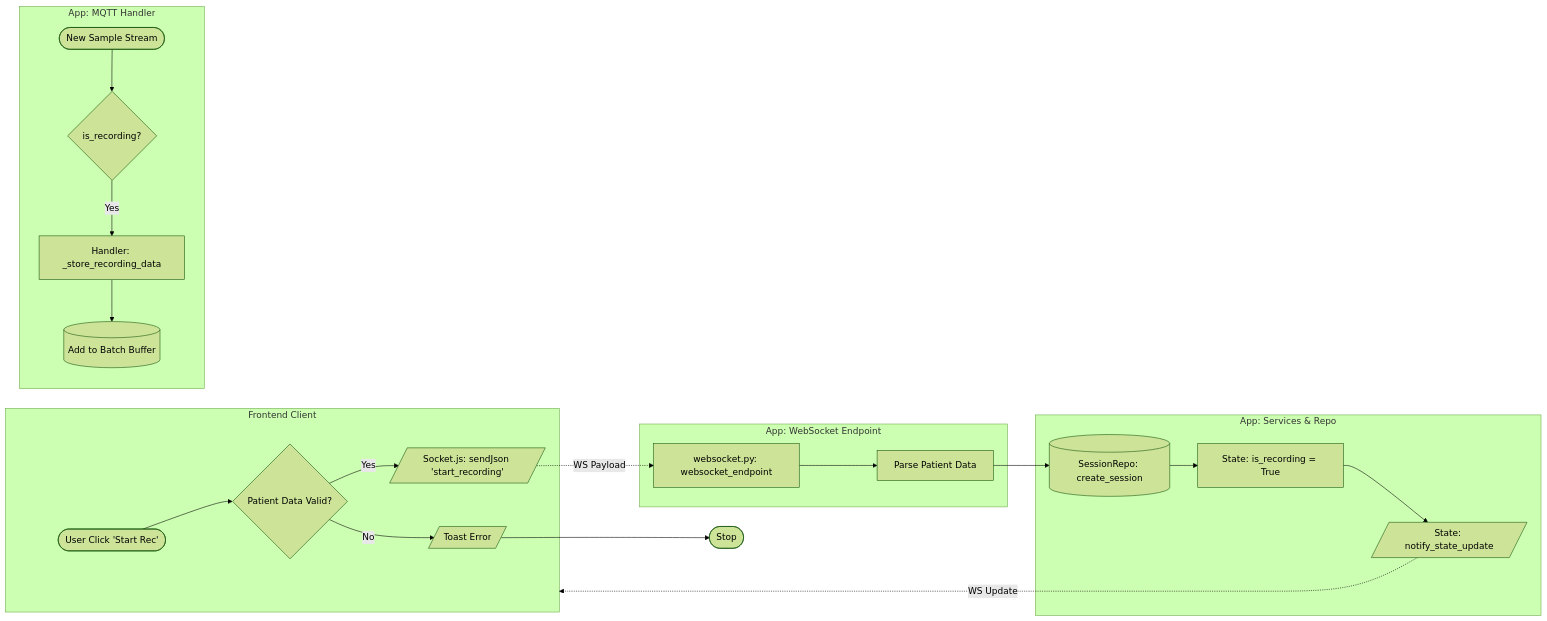
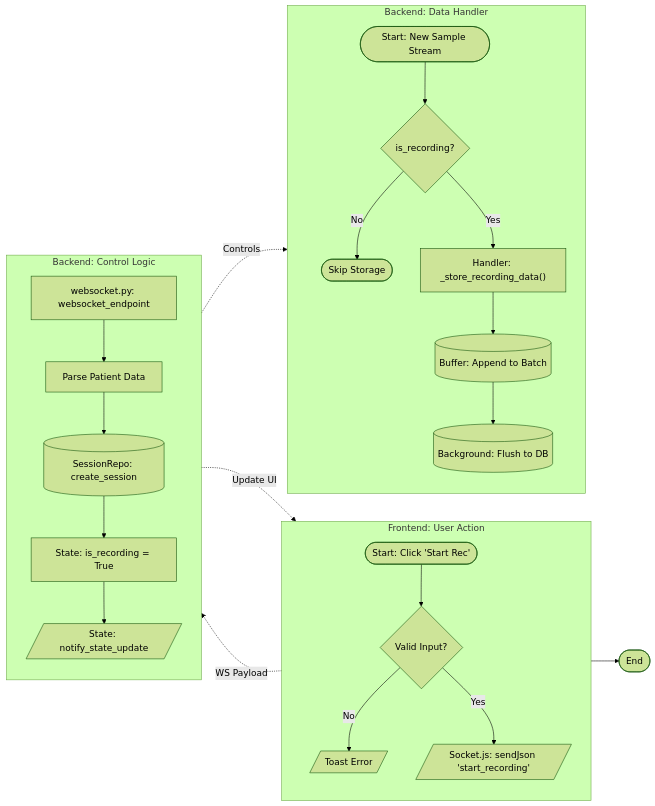
One commit to affanrk/ecg-puskesmas changed the second of 9 diagrams in SYSTEM_FLOWS.md. Above: the diagram before and after it, drawn with Mermaid (forest theme). The commit also changed other lines of this file, not shown here.

Commit message:
Update System Flow

````diff
--- a/SYSTEM_FLOWS.md
+++ b/SYSTEM_FLOWS.md
@@ -64,35 +65,39 @@
 ```mermaid
 flowchart LR
-    %% SWIMLANE: FRONTEND USER
-    subgraph Frontend [Frontend Client]
-        UserStart([User Click 'Start Rec'])
-        ValInput{Patient Data Valid?}
+    %% SWIMLANE: FRONTEND USER INTERACTION
+    subgraph Frontend [Frontend: User Action]
+        direction TB
+        UserStart([Start: Click 'Start Rec'])
+        ValInput{Valid Input?}
         
         UserStart --> ValInput
         ValInput -- No --> Toast[/Toast Error/]
-        ValInput -- Yes --> SendReq[/Socket.js: sendJson 'start_recording'/]
+        ValInput -- Yes --> SendCmd[/Socket.js: sendJson 'start_recording'/]
     end
 
-    %% SWIMLANE: BACKEND API
-    subgraph Backend_API [App: WebSocket Endpoint]
-        SendReq -.->|WS Payload| Endpoint[websocket.py: websocket_endpoint]
+    %% SWIMLANE: BACKEND CONTROL (API)
+    subgraph Backend_Control [Backend: Control Logic]
+        direction TB
+        SendCmd -.->|WS Payload| Endpoint[websocket.py: websocket_endpoint]
         Endpoint --> ParseReq[Parse Patient Data]
-    end
-
-    %% SWIMLANE: BACKEND LOGIC
-    subgraph Backend_Logic [App: Services & Repo]
         ParseReq --> CreateSess[(SessionRepo: create_session)]
         CreateSess --> SetFlag[State: is_recording = True]
         SetFlag --> BroadState[/State: notify_state_update/]
     end
 
-    %% SWIMLANE: DATA HANDLER
-    subgraph Data_Handler [App: MQTT Handler]
-        Incoming([New Sample Stream]) --> IsRec{is_recording?}
-        IsRec -- Yes --> Buffer[Handler: _store_recording_data]
-        Buffer --> AddBatch[(Add to Batch Buffer)]
+    %% SWIMLANE: BACKEND DATA (STREAMING)
+    subgraph Backend_Data [Backend: Data Handler]
+        direction TB
+        Incoming([Start: New Sample Stream]) --> CheckFlag{is_recording?}
+        
+        CheckFlag -- No --> Skip([Skip Storage])
+        CheckFlag -- Yes --> Buffer["Handler: _store_recording_data()"]
+        Buffer --> AddBatch[(Buffer: Append to Batch)]
+        AddBatch --> BackgroundDB[(Background: Flush to DB)]
     end
 
-    BroadState -.->|WS Update| Frontend
-    Toast --> EndUser([Stop])
+    %% CONNECTIONS
+    Toast --> EndUser([End])
+    BroadState -.->|Update UI| Frontend
+    SetFlag -.->|Controls| CheckFlag
 ```
````
